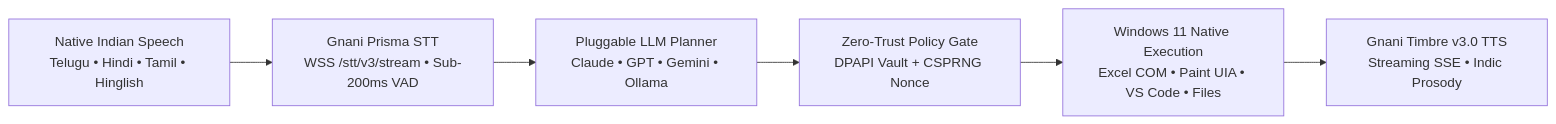
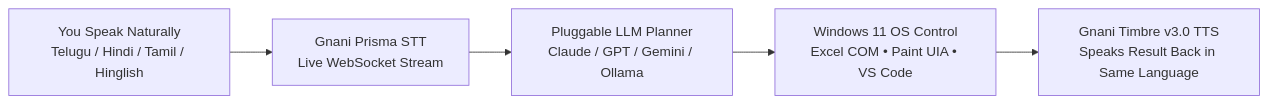
Before and after one commit to vakrahul/Raay: the diagram in SOLUTION_PITCH.md, drawn with Mermaid. The commit also changed other lines of this file and 1 other file, not shown here.

````diff
--- a/SOLUTION_PITCH.md
+++ b/SOLUTION_PITCH.md
@@ -14,8 +20,7 @@
 ```mermaid
 flowchart LR
-    A["Native Indian Speech<br/>Telugu • Hindi • Tamil • Hinglish"] --> B["Gnani Prisma STT<br/>WSS /stt/v3/stream • Sub-200ms VAD"]
-    B --> C["Pluggable LLM Planner<br/>Claude • GPT • Gemini • Ollama"]
-    C --> D["Zero-Trust Policy Gate<br/>DPAPI Vault + CSPRNG Nonce"]
-    D --> E["Windows 11 Native Execution<br/>Excel COM • Paint UIA • VS Code • Files"]
-    E --> F["Gnani Timbre v3.0 TTS<br/>Streaming SSE • Indic Prosody"]
+    A["You Speak Naturally<br/>Telugu / Hindi / Tamil / Hinglish"] --> B["Gnani Prisma STT<br/>Live WebSocket Stream"]
+    B --> C["Pluggable LLM Planner<br/>Claude / GPT / Gemini / Ollama"]
+    C --> D["Windows 11 OS Control<br/>Excel COM • Paint UIA • VS Code"]
+    D --> E["Gnani Timbre v3.0 TTS<br/>Speaks Result Back in Same Language"]
 ```
````
